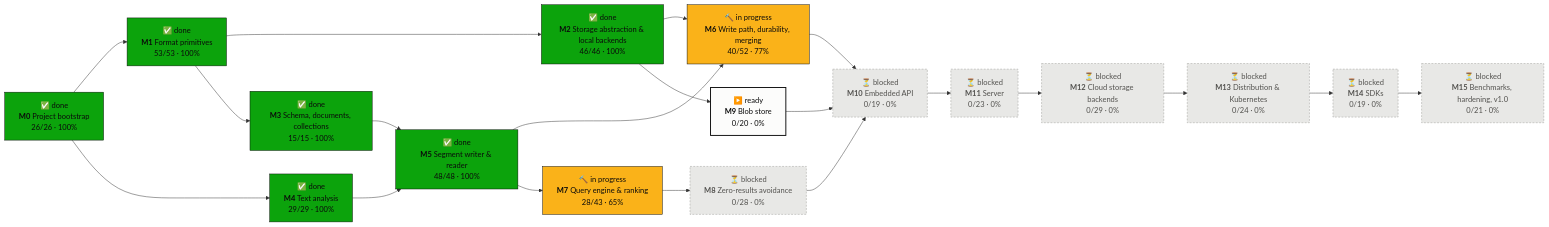
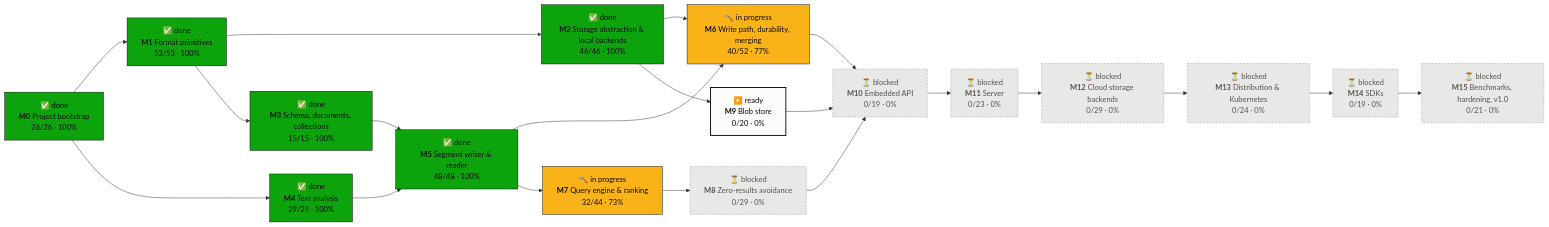
Before and after one commit to tomiok/persiaDB: the first of 2 diagrams in PROGRESS.md, drawn with Mermaid. The commit also changed other lines of this file and 21 other files, not shown here.

First line of the commit message:
Per-hit explain, a collection differential suite, a relevance baseline and query benchmarks (ROADMAP 7.7.1, 7.8.1–7.8.3) (#59)

````diff
--- a/PROGRESS.md
+++ b/PROGRESS.md
@@ -16,42 +16,42 @@
 ```mermaid
 flowchart LR
   M0["✅ done<br/><b>M0</b> Project bootstrap<br/>26/26 · 100%"]:::done
   M1["✅ done<br/><b>M1</b> Format primitives<br/>53/53 · 100%"]:::done
   M2["✅ done<br/><b>M2</b> Storage abstraction & local backends<br/>46/46 · 100%"]:::done
   M3["✅ done<br/><b>M3</b> Schema, documents, collections<br/>15/15 · 100%"]:::done
   M4["✅ done<br/><b>M4</b> Text analysis<br/>29/29 · 100%"]:::done
   M5["✅ done<br/><b>M5</b> Segment writer & reader<br/>48/48 · 100%"]:::done
   M6["🔨 in progress<br/><b>M6</b> Write path, durability, merging<br/>40/52 · 77%"]:::doing
-  M7["🔨 in progress<br/><b>M7</b> Query engine & ranking<br/>28/43 · 65%"]:::doing
-  M8["⏳ blocked<br/><b>M8</b> Zero-results avoidance<br/>0/28 · 0%"]:::blocked
+  M7["🔨 in progress<br/><b>M7</b> Query engine & ranking<br/>32/44 · 73%"]:::doing
+  M8["⏳ blocked<br/><b>M8</b> Zero-results avoidance<br/>0/29 · 0%"]:::blocked
   M9["▶️ ready<br/><b>M9</b> Blob store<br/>0/20 · 0%"]:::ready
   M10["⏳ blocked<br/><b>M10</b> Embedded API<br/>0/19 · 0%"]:::blocked
   M11["⏳ blocked<br/><b>M11</b> Server<br/>0/23 · 0%"]:::blocked
   M12["⏳ blocked<br/><b>M12</b> Cloud storage backends<br/>0/29 · 0%"]:::blocked
   M13["⏳ blocked<br/><b>M13</b> Distribution & Kubernetes<br/>0/24 · 0%"]:::blocked
   M14["⏳ blocked<br/><b>M14</b> SDKs<br/>0/19 · 0%"]:::blocked
   M15["⏳ blocked<br/><b>M15</b> Benchmarks, hardening, v1.0<br/>0/21 · 0%"]:::blocked
   M0 --> M1
   M1 --> M2
   M1 --> M3
   M0 --> M4
   M3 --> M5
   M4 --> M5
   M2 --> M6
   M5 --> M6
   M5 --> M7
   M7 --> M8
   M2 --> M9
   M6 --> M10
   M8 --> M10
   M9 --> M10
   M10 --> M11
   M11 --> M12
   M12 --> M13
   M13 --> M14
   M14 --> M15
   classDef done fill:#0ca30c,stroke:#0b0b0b,color:#0b0b0b
   classDef doing fill:#fab219,stroke:#0b0b0b,color:#0b0b0b
   classDef ready fill:#fcfcfb,stroke:#0b0b0b,stroke-width:2px,color:#0b0b0b
   classDef blocked fill:#e8e8e6,stroke:#9a9a96,stroke-dasharray:4 3,color:#52514e
 ```
````
